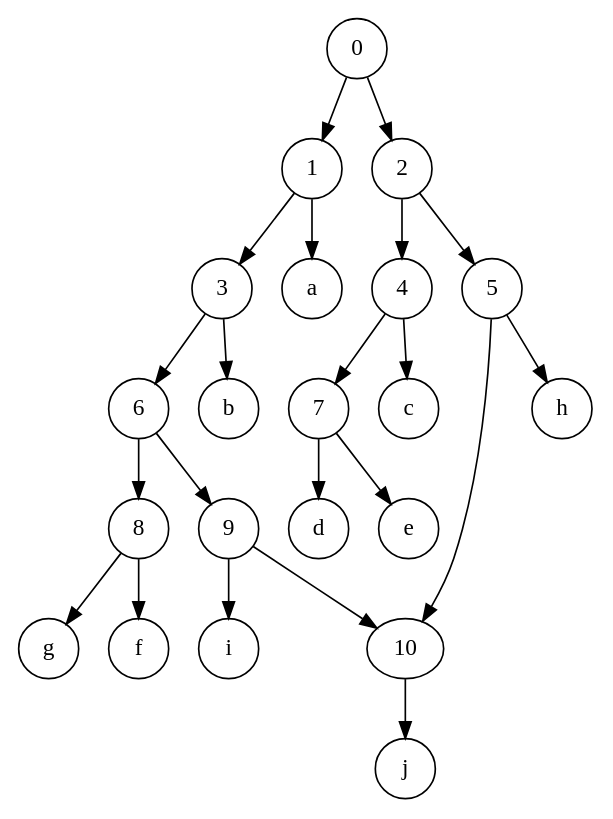
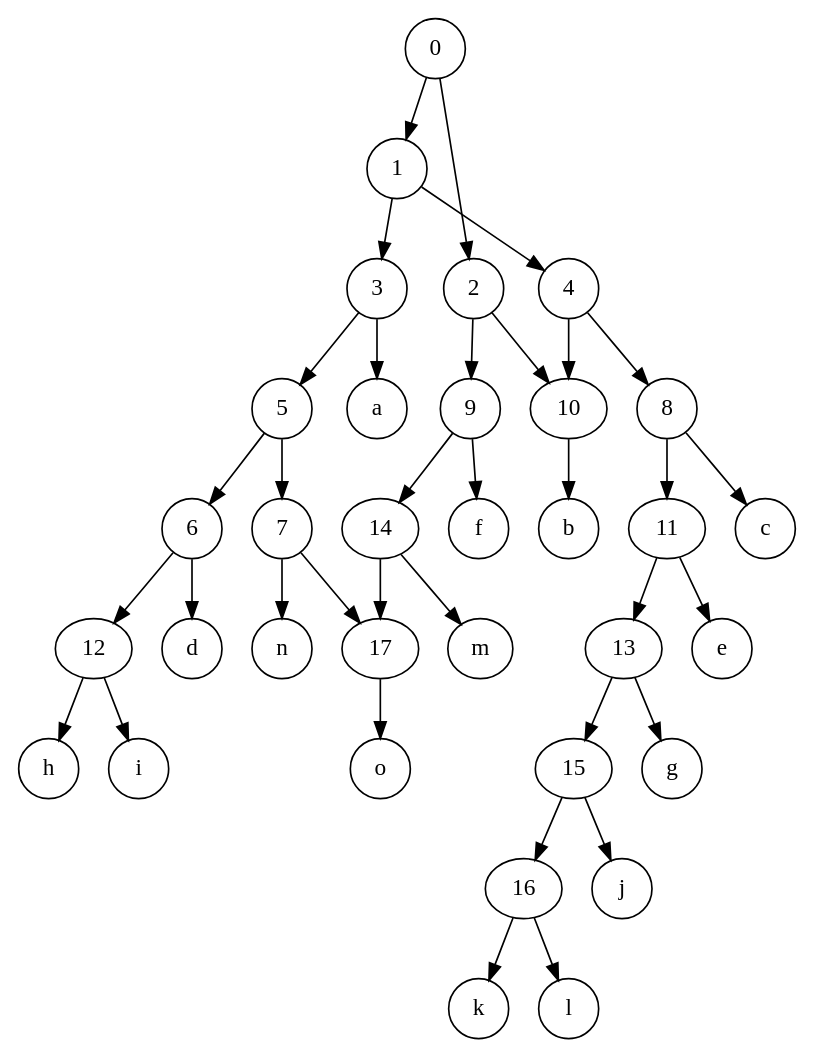
The diagram in Digraph.gv (KSjors/TriL2Net), drawn with Graphviz before and after one commit. The commit also changed 10 other files, not shown here.

```diff
--- a/Digraph.gv
+++ b/Digraph.gv
@@ -1,45 +1,70 @@
 digraph {
 	graph [rankdir=TB]
 	0 [label=0 height=0.5 width=0.5]
 	1 [label=1 height=0.5 width=0.5]
+	2 [label=2 height=0.5 width=0.5]
 	3 [label=3 height=0.5 width=0.5]
+	4 [label=4 height=0.5 width=0.5]
+	5 [label=5 height=0.5 width=0.5]
 	6 [label=6 height=0.5 width=0.5]
+	7 [label=7 height=0.5 width=0.5]
 	8 [label=8 height=0.5 width=0.5]
 	9 [label=9 height=0.5 width=0.5]
 	10 [label=10 height=0.5 width=0.5]
-	2 [label=2 height=0.5 width=0.5]
-	4 [label=4 height=0.5 width=0.5]
-	7 [label=7 height=0.5 width=0.5]
-	5 [label=5 height=0.5 width=0.5]
+	11 [label=11 height=0.5 width=0.5]
+	12 [label=12 height=0.5 width=0.5]
+	13 [label=13 height=0.5 width=0.5]
+	14 [label=14 height=0.5 width=0.5]
+	15 [label=15 height=0.5 width=0.5]
+	16 [label=16 height=0.5 width=0.5]
+	17 [label=17 height=0.5 width=0.5]
 	a [label=a height=0.5 width=0.5]
 	b [label=b height=0.5 width=0.5]
-	g [label=g height=0.5 width=0.5]
-	f [label=f height=0.5 width=0.5]
-	i [label=i height=0.5 width=0.5]
-	j [label=j height=0.5 width=0.5]
 	c [label=c height=0.5 width=0.5]
 	d [label=d height=0.5 width=0.5]
 	e [label=e height=0.5 width=0.5]
+	f [label=f height=0.5 width=0.5]
+	g [label=g height=0.5 width=0.5]
 	h [label=h height=0.5 width=0.5]
+	i [label=i height=0.5 width=0.5]
+	j [label=j height=0.5 width=0.5]
+	k [label=k height=0.5 width=0.5]
+	l [label=l height=0.5 width=0.5]
+	m [label=m height=0.5 width=0.5]
+	n [label=n height=0.5 width=0.5]
+	o [label=o height=0.5 width=0.5]
 	0 -> 1
 	0 -> 2
 	1 -> 3
-	1 -> a
-	3 -> 6
-	3 -> b
-	6 -> 8
-	6 -> 9
-	8 -> g
-	8 -> f
-	9 -> 10
-	9 -> i
-	10 -> j
-	2 -> 4
-	2 -> 5
-	4 -> 7
-	4 -> c
-	7 -> d
-	7 -> e
-	5 -> 10
-	5 -> h
+	1 -> 4
+	2 -> 9
+	2 -> 10
+	3 -> 5
+	3 -> a
+	4 -> 8
+	4 -> 10
+	5 -> 6
+	5 -> 7
+	6 -> d
+	6 -> 12
+	7 -> n
+	7 -> 17
+	8 -> 11
+	8 -> c
+	9 -> f
+	9 -> 14
+	10 -> b
+	11 -> e
+	11 -> 13
+	12 -> h
+	12 -> i
+	13 -> 15
+	13 -> g
+	14 -> m
+	14 -> 17
+	15 -> j
+	15 -> 16
+	16 -> k
+	16 -> l
+	17 -> o
 }
```
